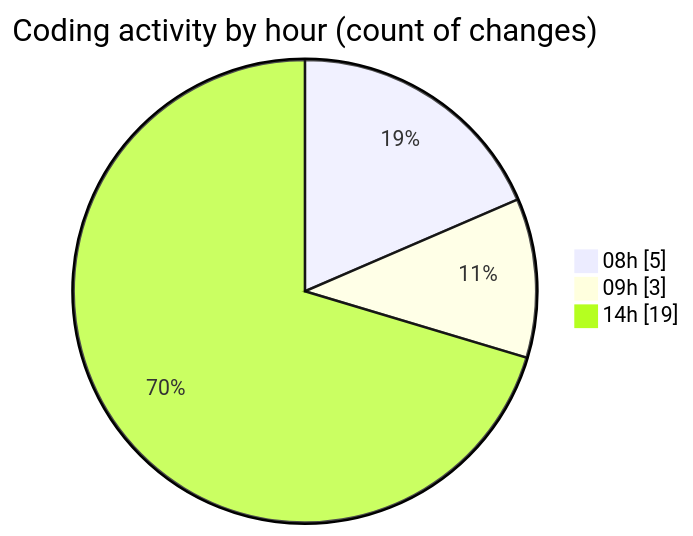
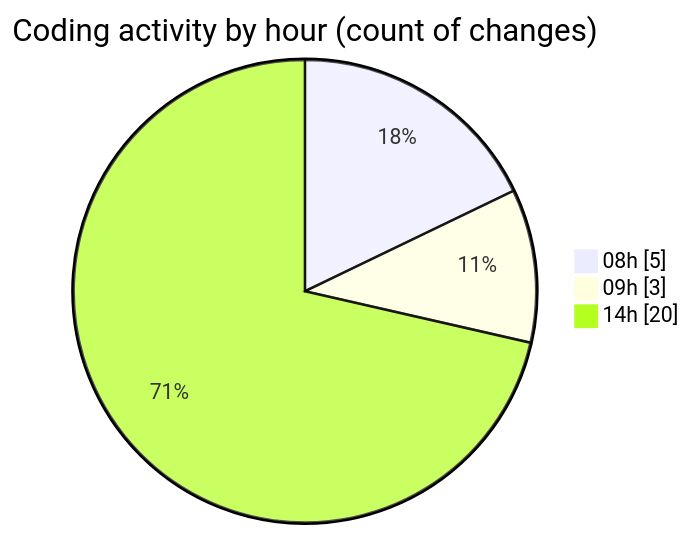
Before and after one commit to LanceThiago/code-tracking: the second of 2 diagrams in 2026-08-31/web/README.md, drawn with Mermaid. The commit also changed other lines of this file and 1 other file, not shown here.

````diff
--- a/2026-08-31/web/README.md
+++ b/2026-08-31/web/README.md
@@ -30,7 +30,7 @@
 ```mermaid
 pie showData
 title Coding activity by hour (count of changes)
 "08h" : 5
 "09h" : 3
-"14h" : 19
+"14h" : 20
 ```
````
